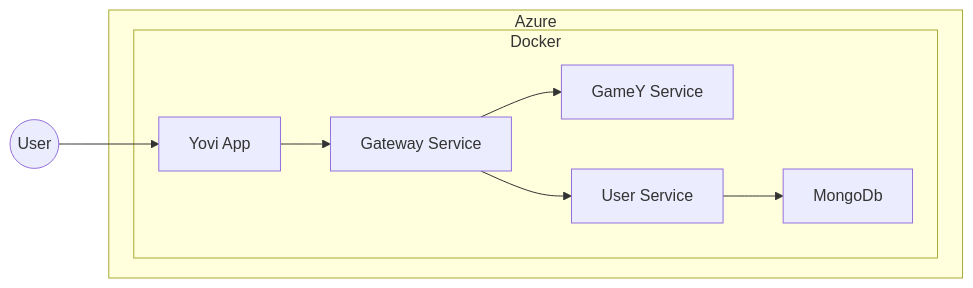
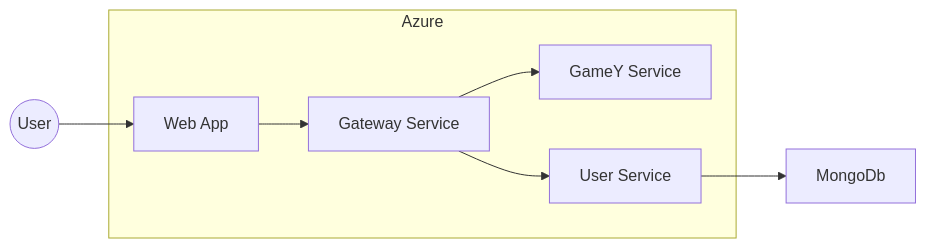
One commit to Arquisoft/yovi_es5c changed the diagram in docs/src/07_deployment_view.adoc. Above: the diagram before and after it, drawn with Mermaid.

```diff
--- a/docs/src/07_deployment_view.adoc
+++ b/docs/src/07_deployment_view.adoc
@@ -116,36 +116,34 @@
 [mermaid, "level2", png]
 ----
 ---
 config:
   layout: fixed
 ---
 graph LR
     User((User))
 
     subgraph Azure [Azure]
-        subgraph Docker [Docker]
-            App[Yovi App]
-            Gateway[Gateway Service]
-            
-            GameY[GameY Service]
-            UserS[User Service]
+        App[Web App]
+        Gateway[Gateway Service]
+        
+        GameY[GameY Service]
+        UserS[User Service]
+    end
 
-            MongoDb[MongoDb]
-        end
-    end
+    MongoDb[MongoDb]
 
     %% Conexiones principales
     User --> App
     App --> Gateway
 
     %% Gateway a microservicios
     Gateway --> UserS
     Gateway --> GameY
 
     %% Conexiones a Bases de Datos
     UserS --> MongoDb
 
     %% Aplicar Clases
     class App,Gateway,UserS, greenFill
     class MongoDb,QDB dbFill
 ----
```
